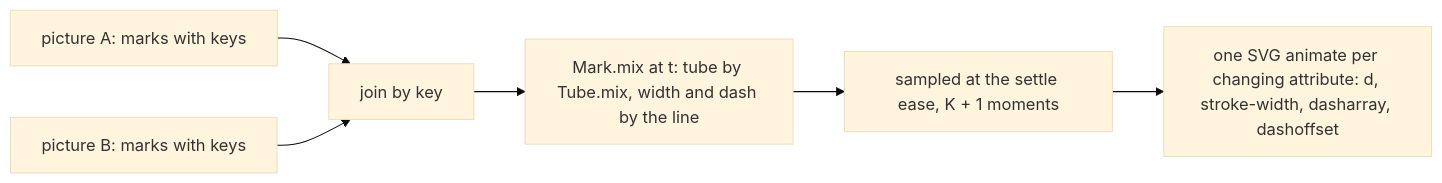
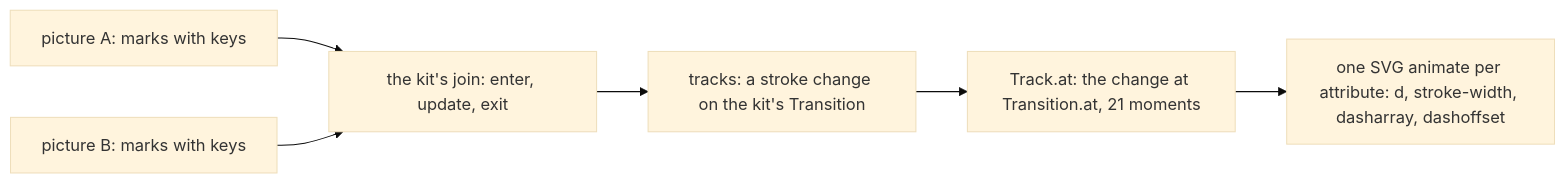
Before and after one commit to pure-algebra/lean4-effect4: the diagram in docs/research/2026-10-13-tube-language/README.md, drawn with Mermaid (base theme). The commit also changed other lines of this file and 19 other files, not shown here.

````diff
--- a/docs/research/2026-10-13-tube-language/README.md
+++ b/docs/research/2026-10-13-tube-language/README.md
@@ -63,8 +64,8 @@
 ```mermaid
 flowchart LR
-  A["picture A: marks with keys"] --> J["join by key"]
+  A["picture A: marks with keys"] --> J["the kit's join: enter, update, exit"]
   B["picture B: marks with keys"] --> J
-  J --> M["Mark.mix at t: tube by Tube.mix, width and dash by the line"]
-  M --> S["sampled at the settle ease, K + 1 moments"]
-  S --> V["one SVG animate per changing attribute: d, stroke-width, dasharray, dashoffset"]
+  J --> T["tracks: a stroke change on the kit's Transition"]
+  T --> P["Track.at: the change at Transition.at, 21 moments"]
+  P --> V["one SVG animate per attribute: d, stroke-width, dasharray, dashoffset"]
 ```
````
